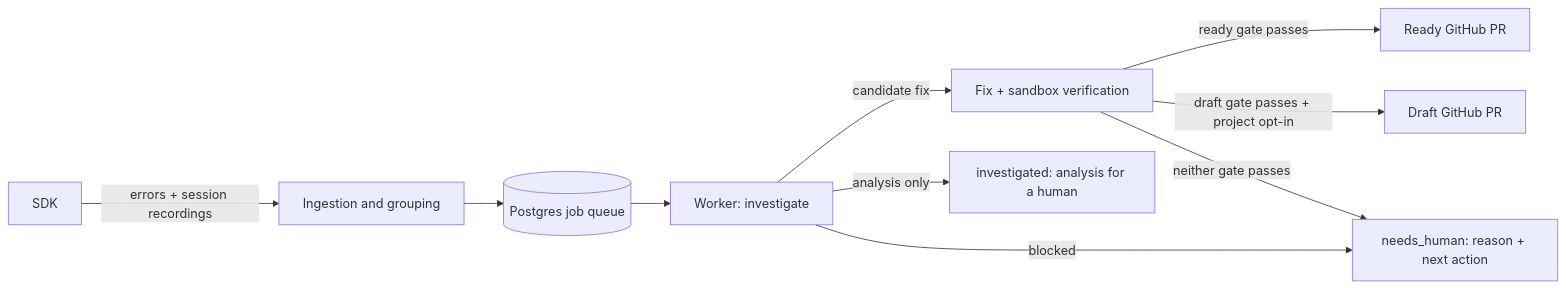
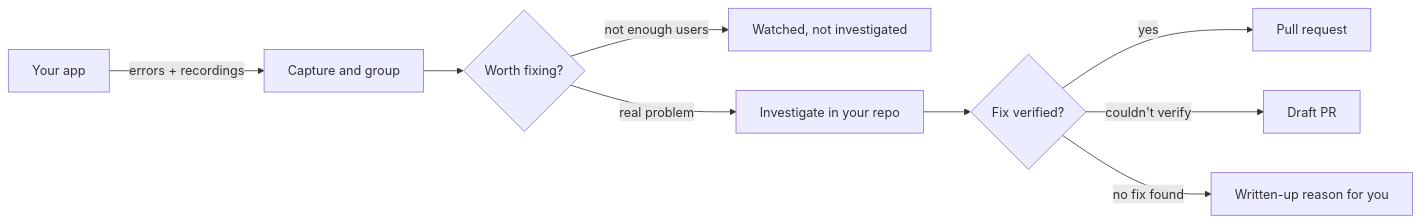
The diagram in README.md (opslane/opslane), drawn with Mermaid before and after one commit. The commit also changed other lines of this file, not shown here.

````diff
--- a/README.md
+++ b/README.md
@@ -42,12 +55,11 @@
 ```mermaid
 flowchart LR
-    A[SDK] -->|errors + session recordings| B[Ingestion and grouping]
-    B --> C[(Postgres job queue)]
-    C --> D[Worker: investigate]
-    D -->|candidate fix| E[Fix + sandbox verification]
-    D -->|analysis only| I[investigated: analysis for a human]
-    D -->|blocked| H[needs_human: reason + next action]
-    E -->|ready gate passes| F[Ready GitHub PR]
-    E -->|draft gate passes + project opt-in| G[Draft GitHub PR]
-    E -->|neither gate passes| H
+    A[Your app] -->|errors + recordings| B[Capture and group]
+    B --> Q{Worth fixing?}
+    Q -->|not enough users| W[Watched, not investigated]
+    Q -->|real problem| D[Investigate in your repo]
+    D --> V{Fix verified?}
+    V -->|yes| PR[Pull request]
+    V -->|couldn't verify| DR[Draft PR]
+    V -->|no fix found| HR[Written-up reason for you]
 ```
````
